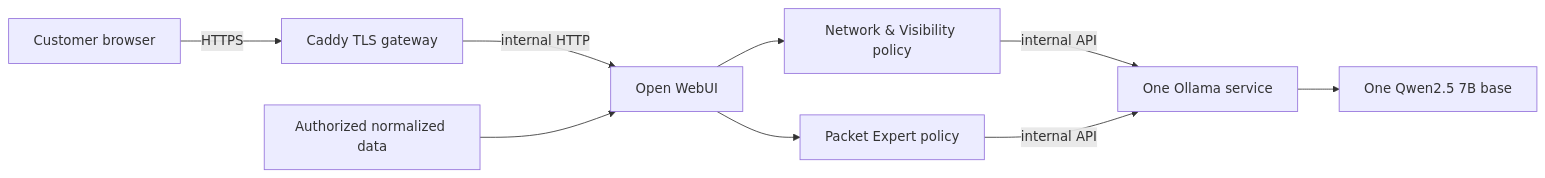
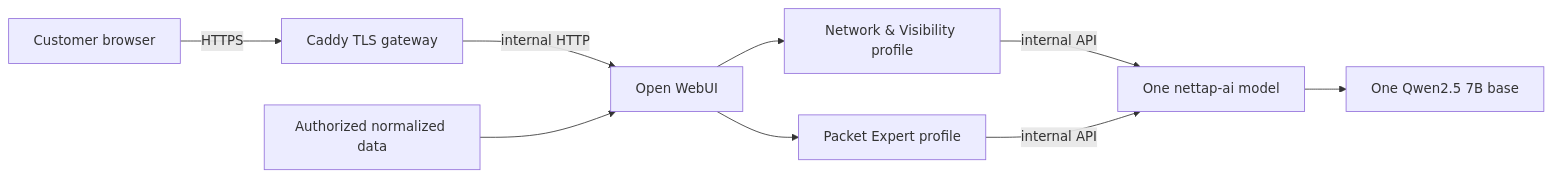
The diagram in docs/PRODUCTION_ARCHITECTURE.md (mpdwyer2367/nettap-packet-expert), drawn with Mermaid before and after one commit. The commit also changed other lines of this file and 48 other files, not shown here.

Commit message:
Unify NetTAP capabilities in one model

````diff
--- a/docs/PRODUCTION_ARCHITECTURE.md
+++ b/docs/PRODUCTION_ARCHITECTURE.md
@@ -9,11 +9,11 @@
 ```mermaid
 flowchart LR
     B["Customer browser"] -->|HTTPS| G["Caddy TLS gateway"]
     G -->|internal HTTP| W["Open WebUI"]
-    W --> V["Network & Visibility policy"]
-    W --> P["Packet Expert policy"]
-    V -->|internal API| O["One Ollama service"]
-    P -->|internal API| O
-    O --> M["One Qwen2.5 7B base"]
+    W --> V["Network & Visibility profile"]
+    W --> P["Packet Expert profile"]
+    V -->|internal API| N["One nettap-ai model"]
+    P -->|internal API| N
+    N --> M["One Qwen2.5 7B base"]
     D["Authorized normalized data"] --> W
 ```
````
